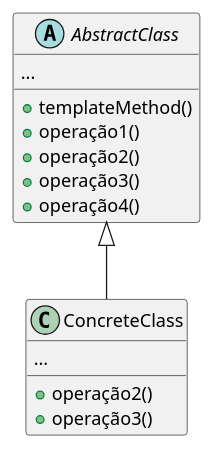
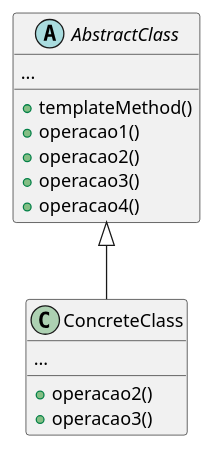
The second of 2 diagrams in posts/XX_Template_Method.md (20231-ifba-saj-ads-ppr/blog-material-aula), drawn with PlantUML before and after one commit. The commit also changed other lines of this file and 4 other files, not shown here.

````diff
--- a/posts/XX_Template_Method.md
+++ b/posts/XX_Template_Method.md
@@ -73,21 +71,21 @@
 ```plantuml
 abstract class  "AbstractClass"{
  ...
  +templateMethod()
- +operação1()
- +operação2()
- +operação3()
- +operação4()
+ +operacao1()
+ +operacao2()
+ +operacao3()
+ +operacao4()
 }
 
 
 class ConcreteClass{
  ...
- +operação2()
- +operação3()
+ +operacao2()
+ +operacao3()
 }
 
 
 AbstractClass ^-- ConcreteClass
 @enduml
 ```
````
